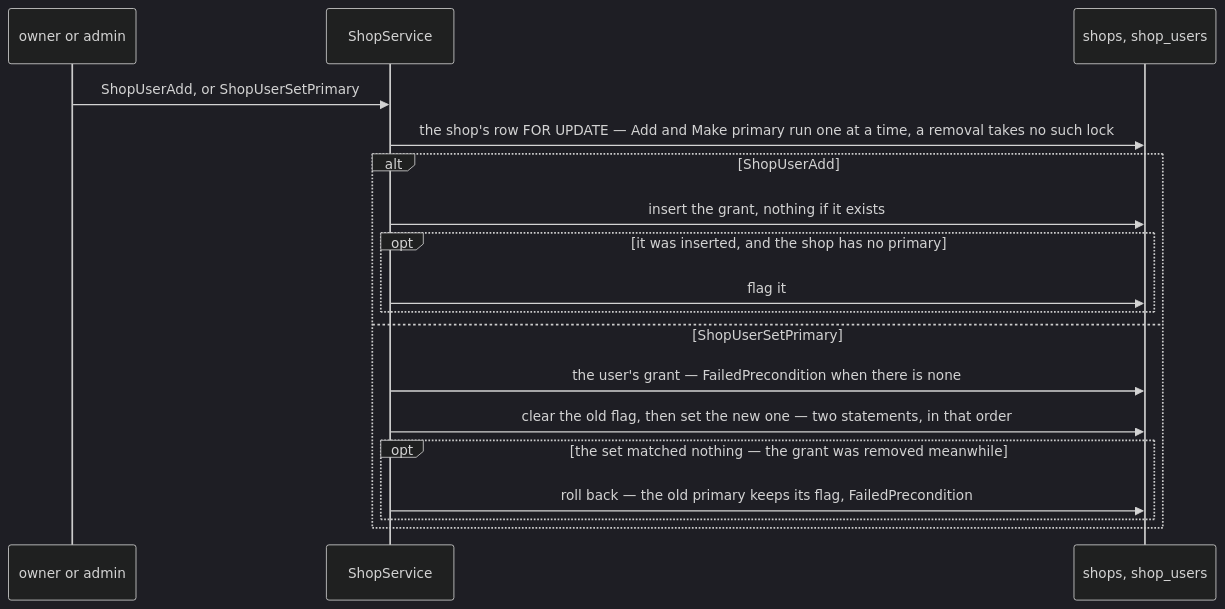
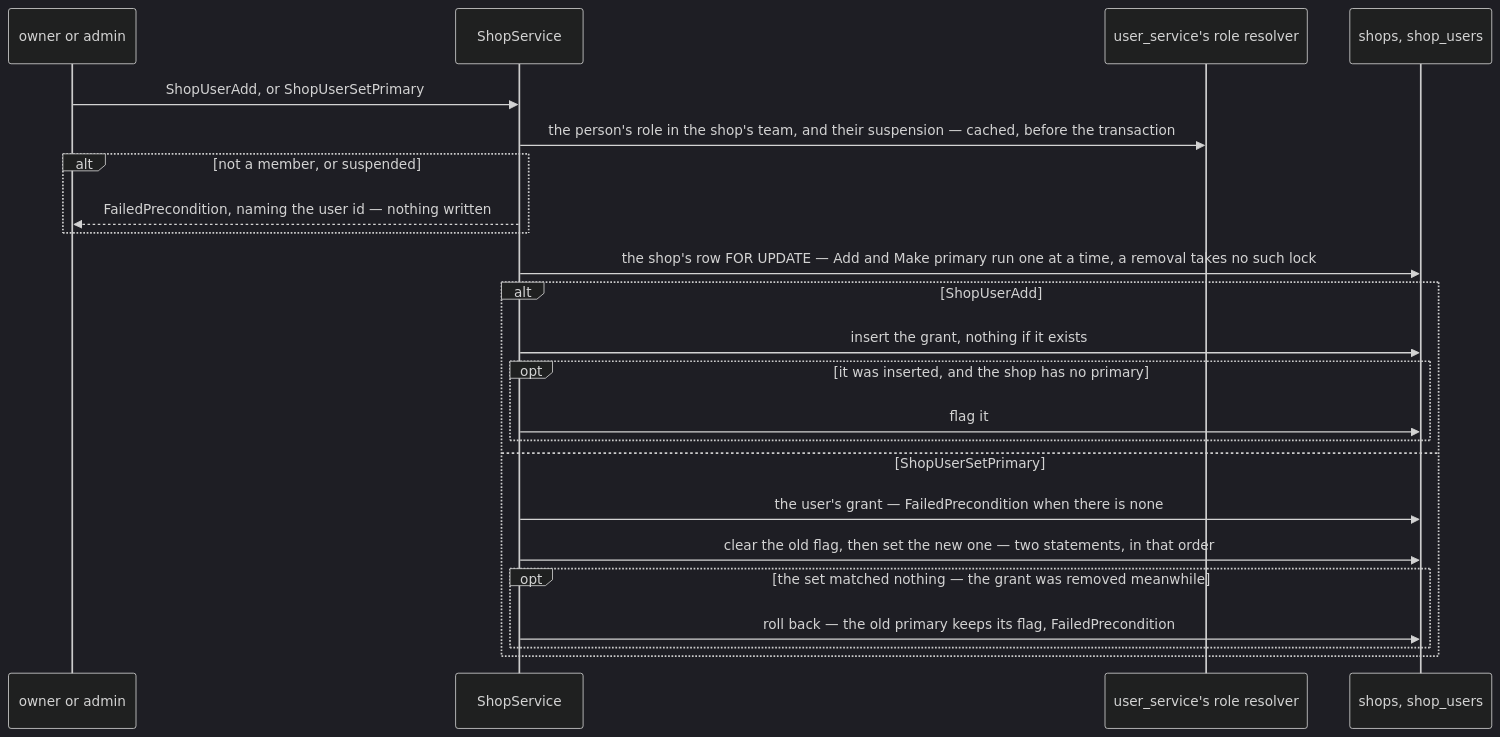
One commit to pdcgo/warehouse_revamp changed diagram 17 of 21 in docs/services/selling_service/rpc.md. Above: the diagram before and after it, drawn with Mermaid (dark theme). The commit also changed other lines of this file and 348 other files, not shown here.

````diff
--- a/docs/services/selling_service/rpc.md
+++ b/docs/services/selling_service/rpc.md
@@ -834,20 +865,25 @@
 ```mermaid
 sequenceDiagram
     participant M as owner or admin
     participant S as ShopService
+    participant R as user_service's role resolver
     participant DB as shops, shop_users
     M->>S: ShopUserAdd, or ShopUserSetPrimary
+    S->>R: the person's role in the shop's team, and their suspension — cached, before the transaction
+    alt not a member, or suspended
+        S-->>M: FailedPrecondition, naming the user id — nothing written
+    end
     S->>DB: the shop's row FOR UPDATE — Add and Make primary run one at a time, a removal takes no such lock
     alt ShopUserAdd
         S->>DB: insert the grant, nothing if it exists
         opt it was inserted, and the shop has no primary
             S->>DB: flag it
         end
     else ShopUserSetPrimary
         S->>DB: the user's grant — FailedPrecondition when there is none
         S->>DB: clear the old flag, then set the new one — two statements, in that order
         opt the set matched nothing — the grant was removed meanwhile
             S->>DB: roll back — the old primary keeps its flag, FailedPrecondition
         end
     end
 ```
````
